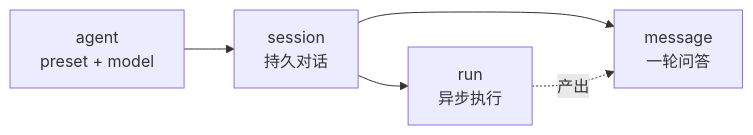
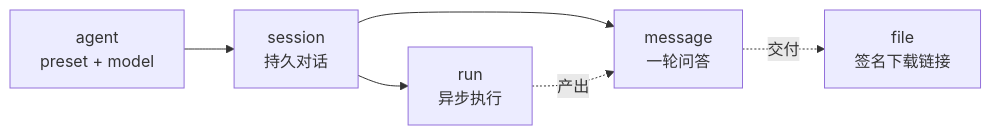
Before and after one commit to weifengze/deepseek-harness-gateway: the first of 3 diagrams in README.md, drawn with Mermaid. The commit also changed other lines of this file and 15 other files, not shown here.

````diff
--- a/README.md
+++ b/README.md
@@ -199,7 +206,8 @@
 ```mermaid
 flowchart LR
   A[agent<br/>preset + model] --> S[session<br/>持久对话]
   S --> M[message<br/>一轮问答]
   S --> R[run<br/>异步执行]
   R -.产出.-> M
+  M -.交付.-> F[file<br/>签名下载链接]
 ```
````
